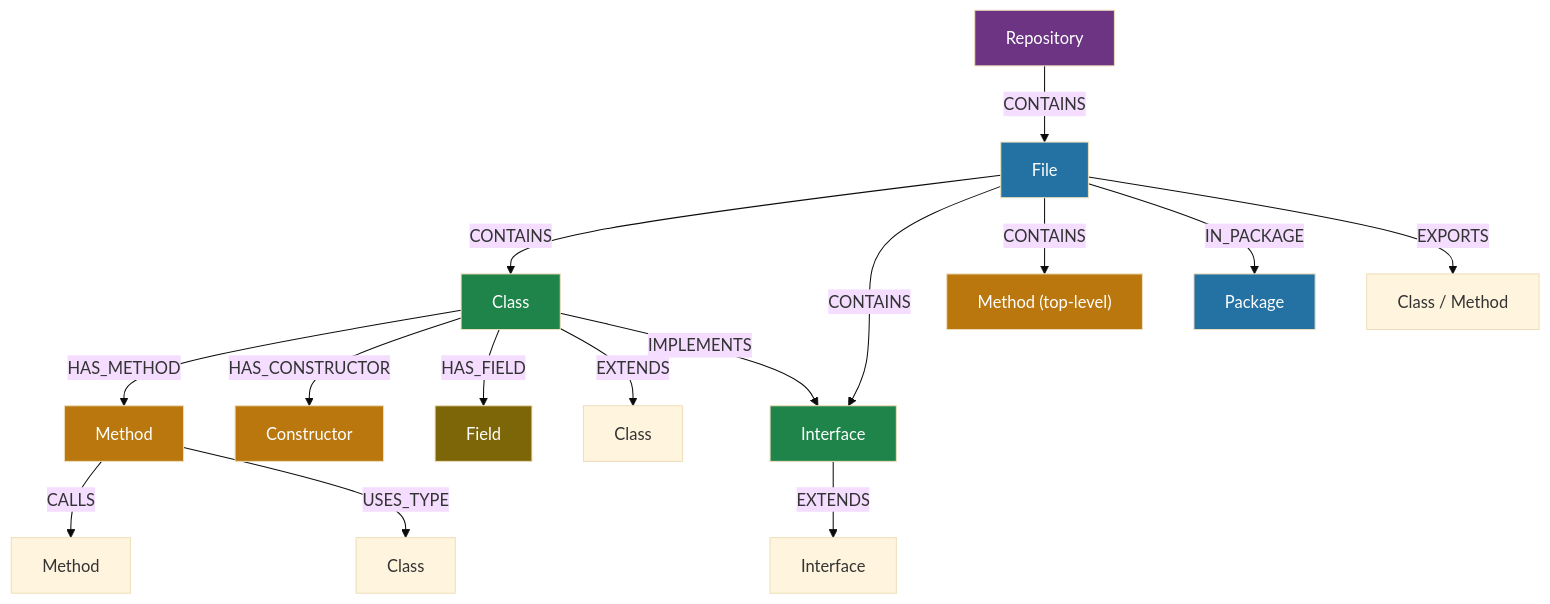
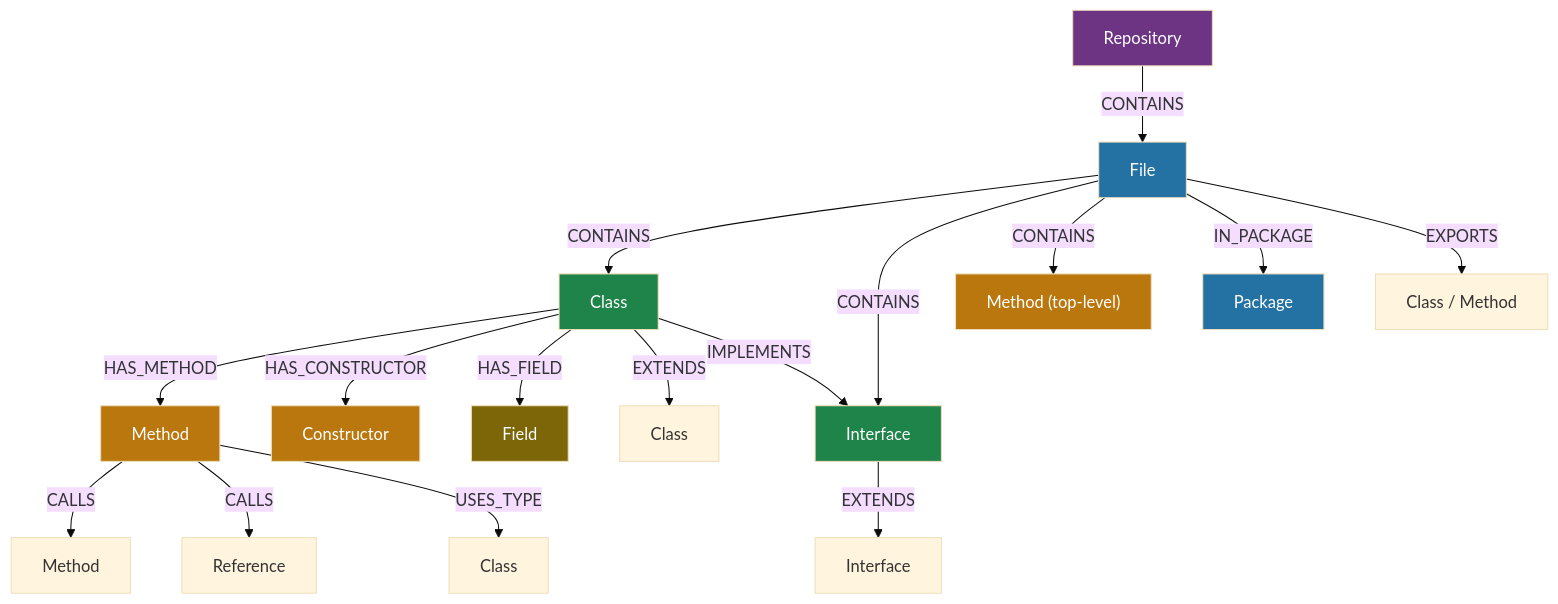
One commit to sriramdingari/Constellation changed the second of 3 diagrams in README.md. Above: the diagram before and after it, drawn with Mermaid (base theme). The commit also changed other lines of this file and 32 other files, not shown here.

Commit message:
Fix indexing correctness, graph consistency, and worker locking

````diff
--- a/README.md
+++ b/README.md
@@ -379,27 +386,28 @@
 ```mermaid
 graph TD
     Repo[Repository] -->|CONTAINS| File
     File -->|CONTAINS| Class
     File -->|CONTAINS| Interface
     File -->|CONTAINS| Method["Method (top-level)"]
     File -->|IN_PACKAGE| Package
     Class -->|HAS_METHOD| Method2[Method]
     Class -->|HAS_CONSTRUCTOR| Constructor
     Class -->|HAS_FIELD| Field
     Class -->|EXTENDS| Class2[Class]
     Class -->|IMPLEMENTS| Interface
     Interface -->|EXTENDS| Interface2[Interface]
     Method2 -->|CALLS| Method3[Method]
+    Method2 -->|CALLS| Ref[Reference]
     Method2 -->|USES_TYPE| Class3[Class]
     File -->|EXPORTS| Class4["Class / Method"]
 
     style Repo fill:#6C3483,color:#fff
     style File fill:#2471A3,color:#fff
     style Class fill:#1E8449,color:#fff
     style Interface fill:#1E8449,color:#fff
     style Method fill:#B9770E,color:#fff
     style Method2 fill:#B9770E,color:#fff
     style Constructor fill:#B9770E,color:#fff
     style Field fill:#7D6608,color:#fff
     style Package fill:#2471A3,color:#fff
 ```
````
